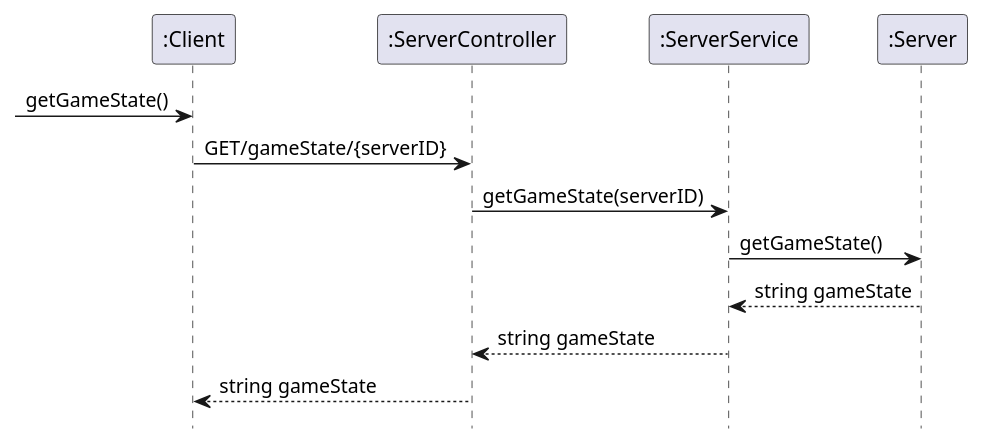
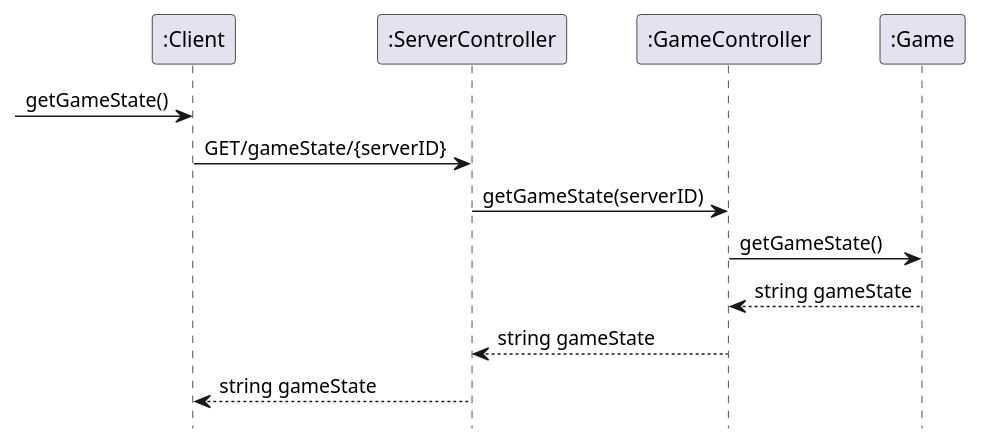
The diagram in diagrams/Server SSD's/Recieve_Game.puml (MikaelFangel/RoboRally), drawn with PlantUML before and after one commit. The commit also changed 7 other files, not shown here.

```diff
--- a/diagrams/Server SSD's/Recieve_Game.puml
+++ b/diagrams/Server SSD's/Recieve_Game.puml
@@ -1,19 +1,19 @@
 @startuml
 'https://plantuml.com/sequence-diagram
 
 hide footbox
 
 Participant ":Client" as client
 Participant ":ServerController" as server
-Participant ":ServerService" as service
-participant ":Server" as game
+Participant ":GameController" as gameController
+participant ":Game" as game
 
 -> client : getGameState()
 client -> server : GET/gameState/{serverID}
-server -> service : getGameState(serverID)
-service -> game : getGameState()
-service <-- game : string gameState
-server <-- service : string gameState
+server -> gameController : getGameState(serverID)
+gameController -> game : getGameState()
+gameController <-- game : string gameState
+server <-- gameController : string gameState
 client <-- server : string gameState
 
 @enduml
```
